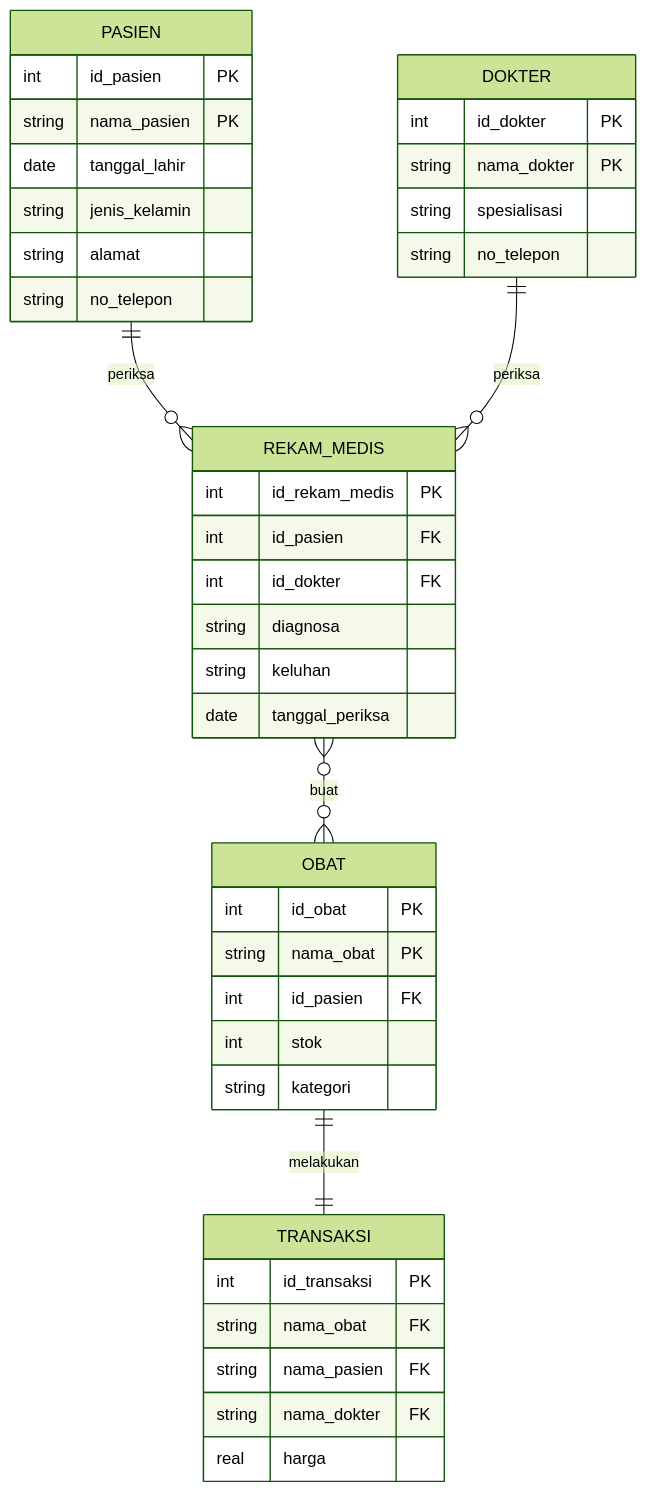
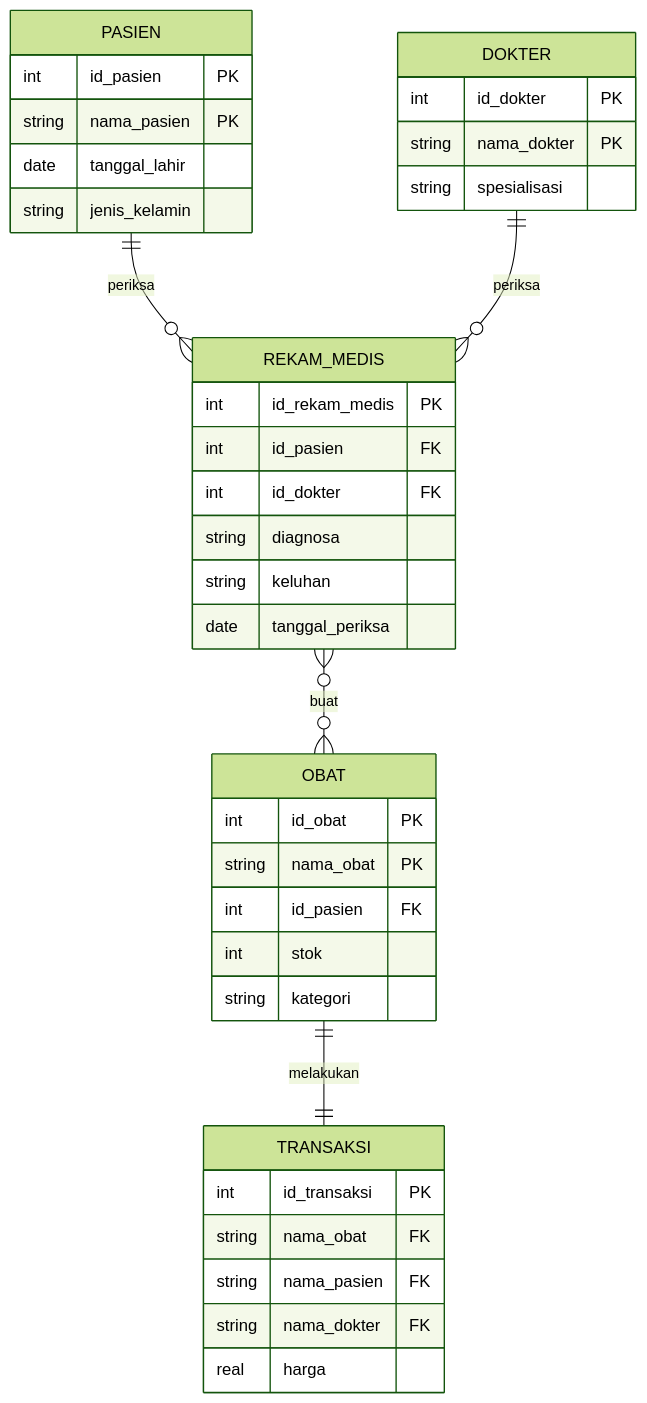
The second of 2 diagrams in README.md (y7zsora/sistem-informasi-klmpk7), drawn with Mermaid (forest theme) before and after one commit.

Commit message:
Update README: update diagram

````diff
--- a/README.md
+++ b/README.md
@@ -87,48 +87,45 @@
 ```mermaid
 erDiagram
     PASIEN ||--o{ REKAM_MEDIS : "periksa"
     DOKTER ||--o{ REKAM_MEDIS : "periksa"
     REKAM_MEDIS }o--o{ OBAT : "buat"
     OBAT ||--|| TRANSAKSI : "melakukan"
 
 PASIEN {
         int id_pasien PK
         string nama_pasien PK
         date tanggal_lahir
         string jenis_kelamin
-        string alamat
-        string no_telepon
     }
 
     DOKTER {
         int id_dokter PK
         string nama_dokter PK
         string spesialisasi
-        string no_telepon
     }
 
     REKAM_MEDIS {
         int id_rekam_medis PK
         int id_pasien FK
         int id_dokter FK
         string diagnosa
         string keluhan
         date tanggal_periksa
     }
 
     OBAT {
         int id_obat PK
         string nama_obat PK
         int id_pasien FK
         int stok
         string kategori
     }
 
     TRANSAKSI {
         int id_transaksi PK
         string nama_obat FK
         string nama_pasien FK
         string nama_dokter FK
         real harga
     }
 ```
````
